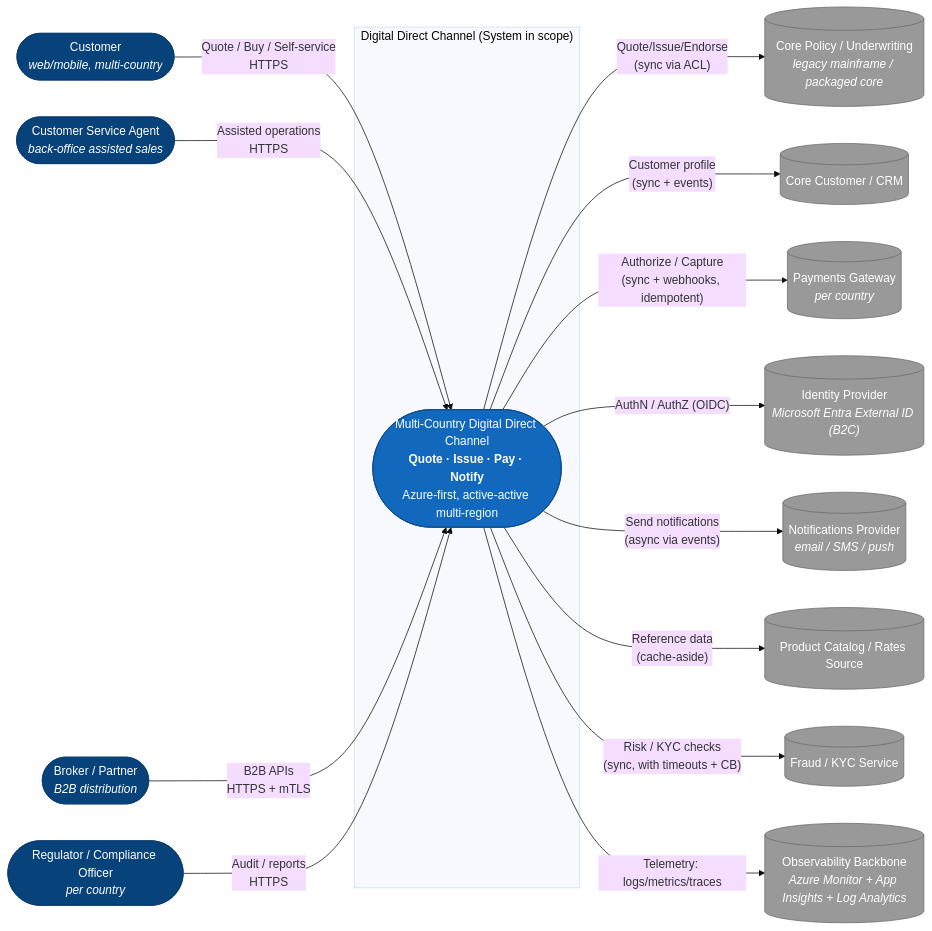
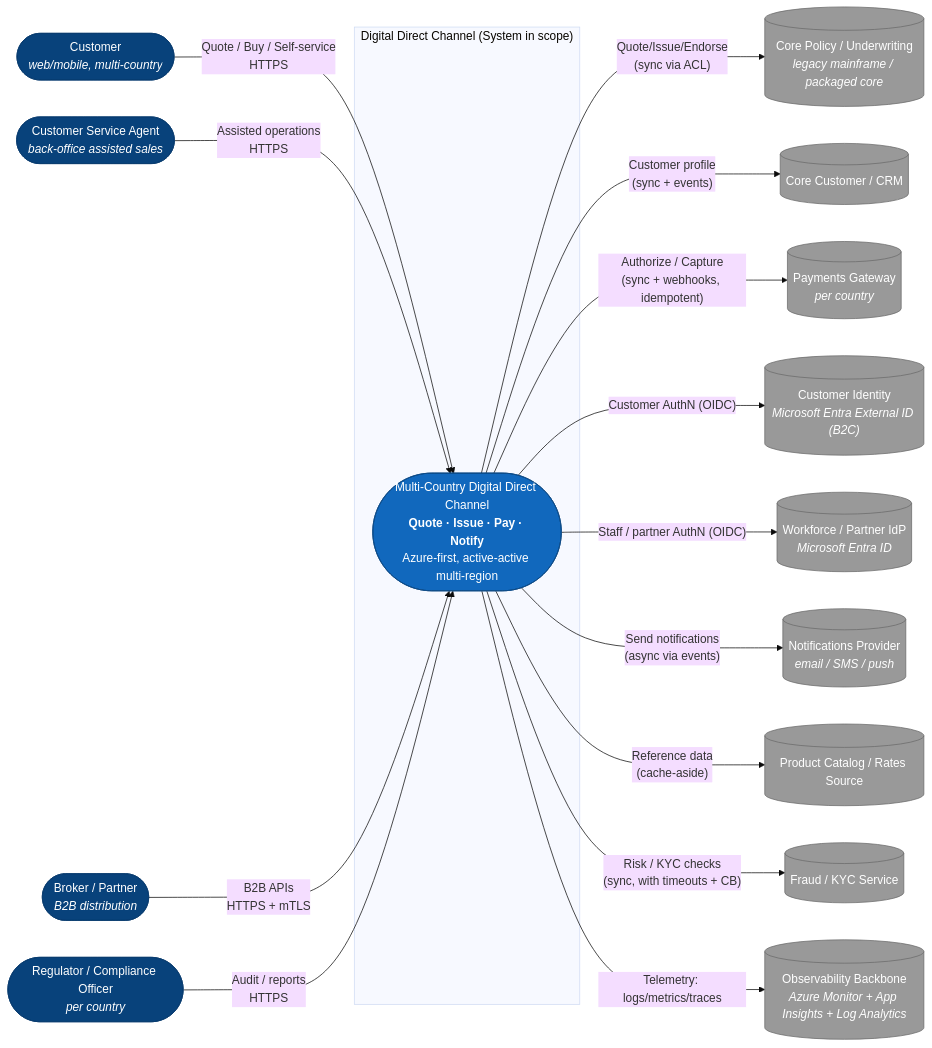
One commit to rubendario2110/Assessment-Sura-tech changed the diagram in docs/c4-system-context.mmd. Above: the diagram before and after it, drawn with Mermaid (base theme). The commit also changed 103 other files, not shown here.

```diff
--- a/docs/c4-system-context.mmd
+++ b/docs/c4-system-context.mmd
@@ -1,50 +1,52 @@
 %% C4 - System Context (Level 1)
 %% Multi-Country Digital Direct Channel
 %% Notation: flowchart with C4-style grouping for maximum render compatibility.
 
 flowchart LR
     classDef person fill:#08427B,stroke:#073B6F,color:#ffffff
     classDef system fill:#1168BD,stroke:#0B4884,color:#ffffff
     classDef extSystem fill:#999999,stroke:#6B6B6B,color:#ffffff
     classDef boundary fill:#ffffff,stroke:#999999,stroke-dasharray: 5 5,color:#333333
 
     %% Personas
     customer(["Customer<br/><i>web/mobile, multi-country</i>"]):::person
     csagent(["Customer Service Agent<br/><i>back-office assisted sales</i>"]):::person
     partner(["Broker / Partner<br/><i>B2B distribution</i>"]):::person
     regulator(["Regulator / Compliance Officer<br/><i>per country</i>"]):::person
 
     subgraph DDC["Digital Direct Channel (System in scope)"]
         ddc(["Multi-Country Digital Direct Channel<br/><b>Quote · Issue · Pay · Notify</b><br/>Azure-first, active-active multi-region"]):::system
     end
 
     %% External Systems
     coreP[("Core Policy / Underwriting<br/><i>legacy mainframe / packaged core</i>")]:::extSystem
     coreC[("Core Customer / CRM")]:::extSystem
     payGw[("Payments Gateway<br/><i>per country</i>")]:::extSystem
-    idp[("Identity Provider<br/><i>Microsoft Entra External ID (B2C)</i>")]:::extSystem
+    idpCust[("Customer Identity<br/><i>Microsoft Entra External ID (B2C)</i>")]:::extSystem
+    idpWrk[("Workforce / Partner IdP<br/><i>Microsoft Entra ID</i>")]:::extSystem
     notif[("Notifications Provider<br/><i>email / SMS / push</i>")]:::extSystem
     catSrc[("Product Catalog / Rates Source")]:::extSystem
     fraud[("Fraud / KYC Service")]:::extSystem
     obs[("Observability Backbone<br/><i>Azure Monitor + App Insights + Log Analytics</i>")]:::extSystem
 
     %% Customer-facing flows
     customer -- "Quote / Buy / Self-service<br/>HTTPS" --> ddc
     csagent -- "Assisted operations<br/>HTTPS" --> ddc
     partner -- "B2B APIs<br/>HTTPS + mTLS" --> ddc
     regulator -- "Audit / reports<br/>HTTPS" --> ddc
 
     %% Outbound integrations
     ddc -- "Quote/Issue/Endorse<br/>(sync via ACL)" --> coreP
     ddc -- "Customer profile<br/>(sync + events)" --> coreC
     ddc -- "Authorize / Capture<br/>(sync + webhooks, idempotent)" --> payGw
-    ddc -- "AuthN / AuthZ (OIDC)" --> idp
+    ddc -- "Customer AuthN (OIDC)" --> idpCust
+    ddc -- "Staff / partner AuthN (OIDC)" --> idpWrk
     ddc -- "Send notifications<br/>(async via events)" --> notif
     ddc -- "Reference data<br/>(cache-aside)" --> catSrc
     ddc -- "Risk / KYC checks<br/>(sync, with timeouts + CB)" --> fraud
     ddc -- "Telemetry: logs/metrics/traces" --> obs
 
     %% Notes for resilience expectations on integrations (rendered as labels)
-    %% All outbound calls go through the reusable Integration Framework:
+    %% All outbound calls go through packages/integration-framework (Integration Layer):
     %% timeouts, retries+jitter, circuit breaker (opossum), bulkhead, idempotency,
     %% async messaging where applicable, and trace propagation (W3C traceparent).
```
